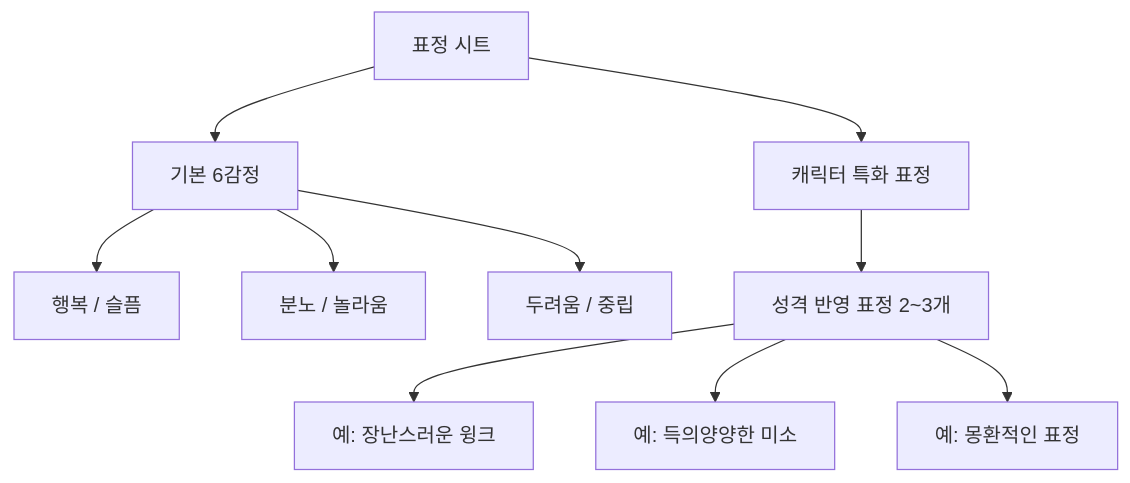
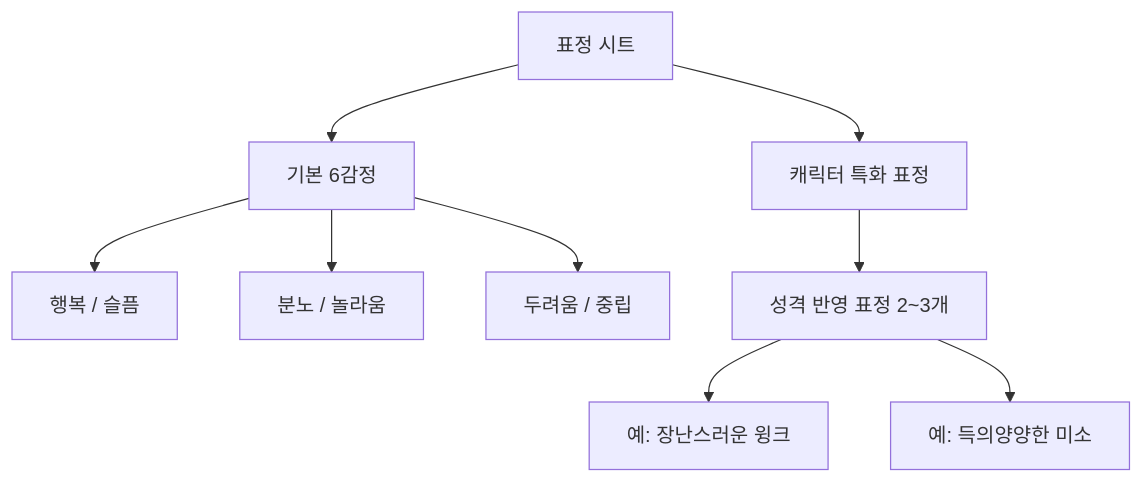
One commit to jsonpassion/forge-tutorial-promptcanvas changed the third of 3 diagrams in 08-ch8-캐릭터브랜드-스타일-일관성-유지/02-02-캐릭터-시트와-턴어라운드-제작.md. Above: the diagram before and after it, drawn with Mermaid. The commit also changed other lines of this file and 63 other files, not shown here.

````diff
--- a/08-ch8-캐릭터브랜드-스타일-일관성-유지/02-02-캐릭터-시트와-턴어라운드-제작.md
+++ b/08-ch8-캐릭터브랜드-스타일-일관성-유지/02-02-캐릭터-시트와-턴어라운드-제작.md
@@ -111,12 +89,11 @@
 ```mermaid
 graph TD
     ROOT["표정 시트"] --> BASIC["기본 6감정"]
     ROOT --> SPECIAL["캐릭터 특화 표정"]
     BASIC --> B1["행복 / 슬픔"]
     BASIC --> B2["분노 / 놀라움"]
     BASIC --> B3["두려움 / 중립"]
     SPECIAL --> S1["성격 반영 표정 2~3개"]
     S1 --> EX1["예: 장난스러운 윙크"]
     S1 --> EX2["예: 득의양양한 미소"]
-    S1 --> EX3["예: 몽환적인 표정"]
 ```
````
